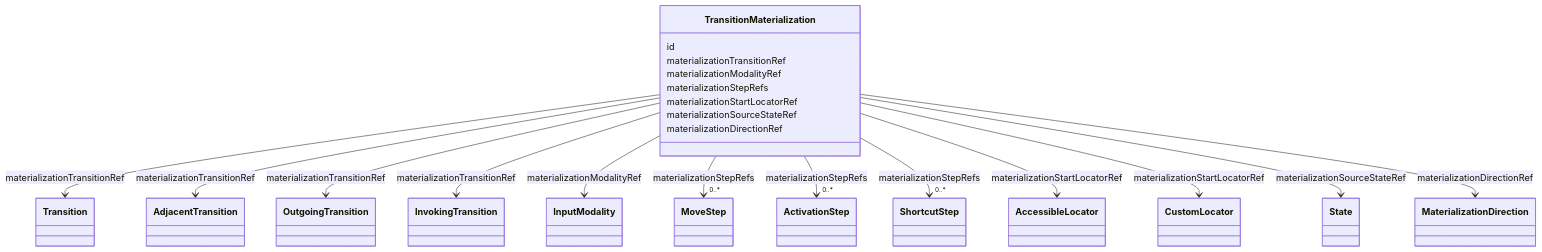
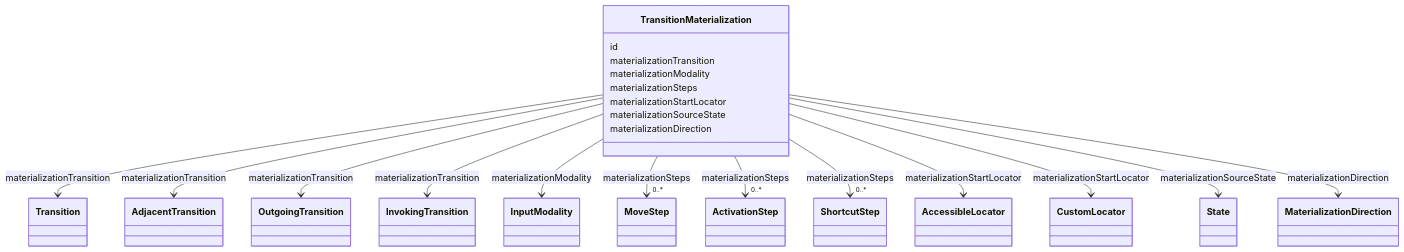
One commit to openuji/spec-ujg changed the first of 5 diagrams in specs/ed/modules/operability/index.md. Above: the diagram before and after it, drawn with Mermaid. The commit also changed other lines of this file and 370 other files, not shown here.

````diff
--- a/specs/ed/modules/operability/index.md
+++ b/specs/ed/modules/operability/index.md
@@ -103,36 +103,36 @@
 ```mermaid
 classDiagram
   class Transition
   class AdjacentTransition
   class OutgoingTransition
   class InvokingTransition
   class InputModality
   class AccessibleLocator
   class CustomLocator
   class State
   class MaterializationDirection
   class MoveStep
   class ActivationStep
   class ShortcutStep
   class TransitionMaterialization {
     id
-    materializationTransitionRef
-    materializationModalityRef
-    materializationStepRefs
-    materializationStartLocatorRef
-    materializationSourceStateRef
-    materializationDirectionRef
+    materializationTransition
+    materializationModality
+    materializationSteps
+    materializationStartLocator
+    materializationSourceState
+    materializationDirection
   }
-  TransitionMaterialization --> Transition : materializationTransitionRef
-  TransitionMaterialization --> AdjacentTransition : materializationTransitionRef
-  TransitionMaterialization --> OutgoingTransition : materializationTransitionRef
-  TransitionMaterialization --> InvokingTransition : materializationTransitionRef
-  TransitionMaterialization --> InputModality : materializationModalityRef
-  TransitionMaterialization --> "0..*" MoveStep : materializationStepRefs
-  TransitionMaterialization --> "0..*" ActivationStep : materializationStepRefs
-  TransitionMaterialization --> "0..*" ShortcutStep : materializationStepRefs
-  TransitionMaterialization --> AccessibleLocator : materializationStartLocatorRef
-  TransitionMaterialization --> CustomLocator : materializationStartLocatorRef
-  TransitionMaterialization --> State : materializationSourceStateRef
-  TransitionMaterialization --> MaterializationDirection : materializationDirectionRef
+  TransitionMaterialization --> Transition : materializationTransition
+  TransitionMaterialization --> AdjacentTransition : materializationTransition
+  TransitionMaterialization --> OutgoingTransition : materializationTransition
+  TransitionMaterialization --> InvokingTransition : materializationTransition
+  TransitionMaterialization --> InputModality : materializationModality
+  TransitionMaterialization --> "0..*" MoveStep : materializationSteps
+  TransitionMaterialization --> "0..*" ActivationStep : materializationSteps
+  TransitionMaterialization --> "0..*" ShortcutStep : materializationSteps
+  TransitionMaterialization --> AccessibleLocator : materializationStartLocator
+  TransitionMaterialization --> CustomLocator : materializationStartLocator
+  TransitionMaterialization --> State : materializationSourceState
+  TransitionMaterialization --> MaterializationDirection : materializationDirection
 ```
````
